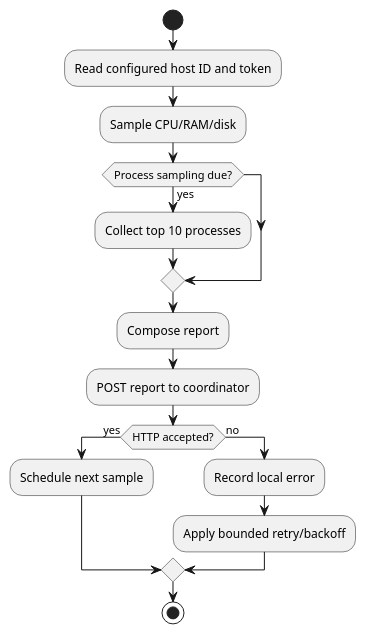
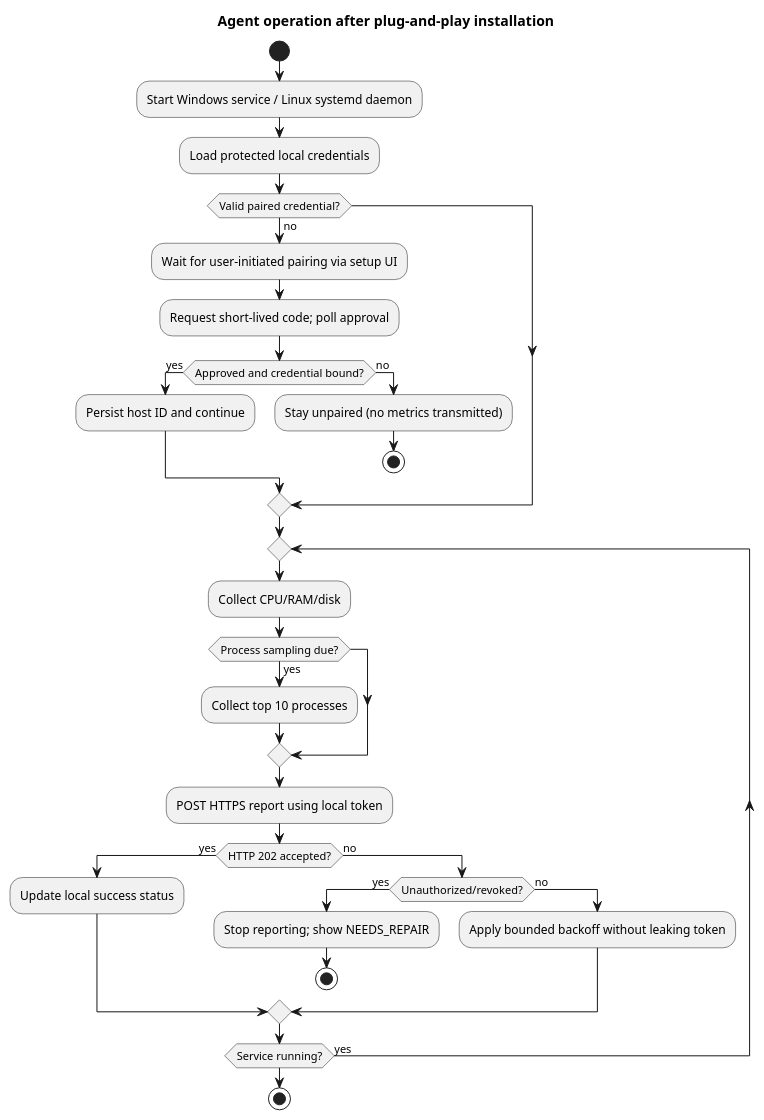
One commit to Adam-BArbia/fleetluma changed the diagram in docs/uml/plantuml/11_activity_agent.puml. Above: the diagram before and after it, drawn with PlantUML.

Commit message:
docs(FL-31): synchronize 11_activity_agent.puml with cloud pairing model

```diff
--- a/docs/uml/plantuml/11_activity_agent.puml
+++ b/docs/uml/plantuml/11_activity_agent.puml
@@ -1,17 +1,34 @@
 @startuml 11_activity_agent
+title Agent operation after plug-and-play installation
 start
-:Read configured host ID and token;
-:Sample CPU/RAM/disk;
-if (Process sampling due?) then (yes)
- :Collect top 10 processes;
+:Start Windows service / Linux systemd daemon;
+:Load protected local credentials;
+if (Valid paired credential?) then (no)
+ :Wait for user-initiated pairing via setup UI;
+ :Request short-lived code; poll approval;
+ if (Approved and credential bound?) then (yes)
+  :Persist host ID and continue;
+ else (no)
+  :Stay unpaired (no metrics transmitted);
+  stop
+ endif
 endif
-:Compose report;
-:POST report to coordinator;
-if (HTTP accepted?) then (yes)
- :Schedule next sample;
-else (no)
- :Record local error;
- :Apply bounded retry/backoff;
-endif
+repeat
+ :Collect CPU/RAM/disk;
+ if (Process sampling due?) then (yes)
+  :Collect top 10 processes;
+ endif
+ :POST HTTPS report using local token;
+ if (HTTP 202 accepted?) then (yes)
+  :Update local success status;
+ else (no)
+  if (Unauthorized/revoked?) then (yes)
+   :Stop reporting; show NEEDS_REPAIR;
+   stop
+  else (no)
+   :Apply bounded backoff without leaking token;
+  endif
+ endif
+repeat while (Service running?) is (yes)
 stop
 @enduml
```
